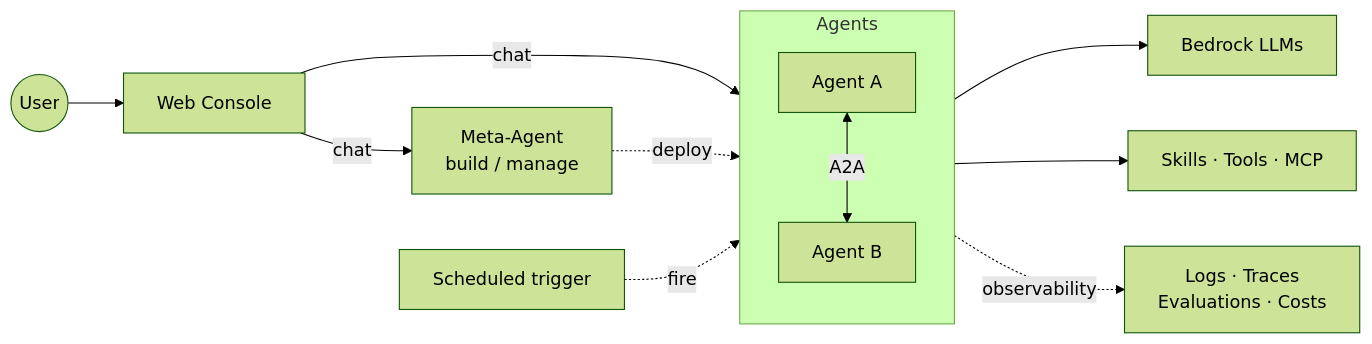
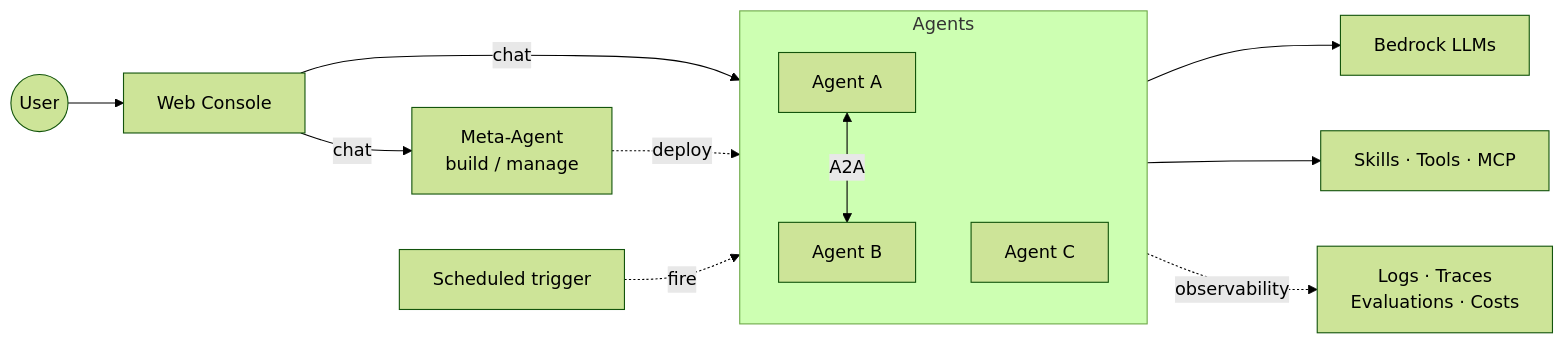
One commit to ddpie/agent-studio changed the second of 2 diagrams in README.md. Above: the diagram before and after it, drawn with Mermaid (forest theme). The commit also changed other lines of this file, not shown here.

Commit message:
docs(readme): add standalone Agent C to show not every agent is A2A-linked

````diff
--- a/README.md
+++ b/README.md
@@ -109,17 +110,18 @@
 ```mermaid
 graph LR
     User((User)) --> Web[Web Console]
     Cron[Scheduled trigger]
     Web -->|chat| Meta[Meta-Agent<br/>build / manage]
 
     subgraph Agents
         A1[Agent A] <-->|A2A| A2[Agent B]
+        A3[Agent C]
     end
 
     Web -->|chat| Agents
     Meta -.deploy.-> Agents
     Cron -.fire.-> Agents
     Agents --> LLM[Bedrock LLMs]
     Agents --> Ext[Skills · Tools · MCP]
     Agents -.observability.-> Obs[Logs · Traces<br/>Evaluations · Costs]
 ```
````
